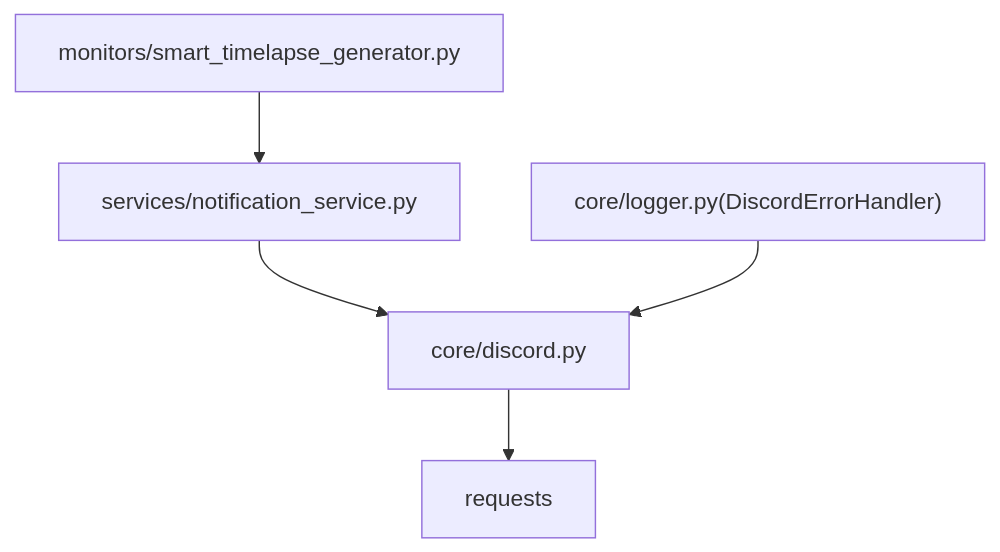
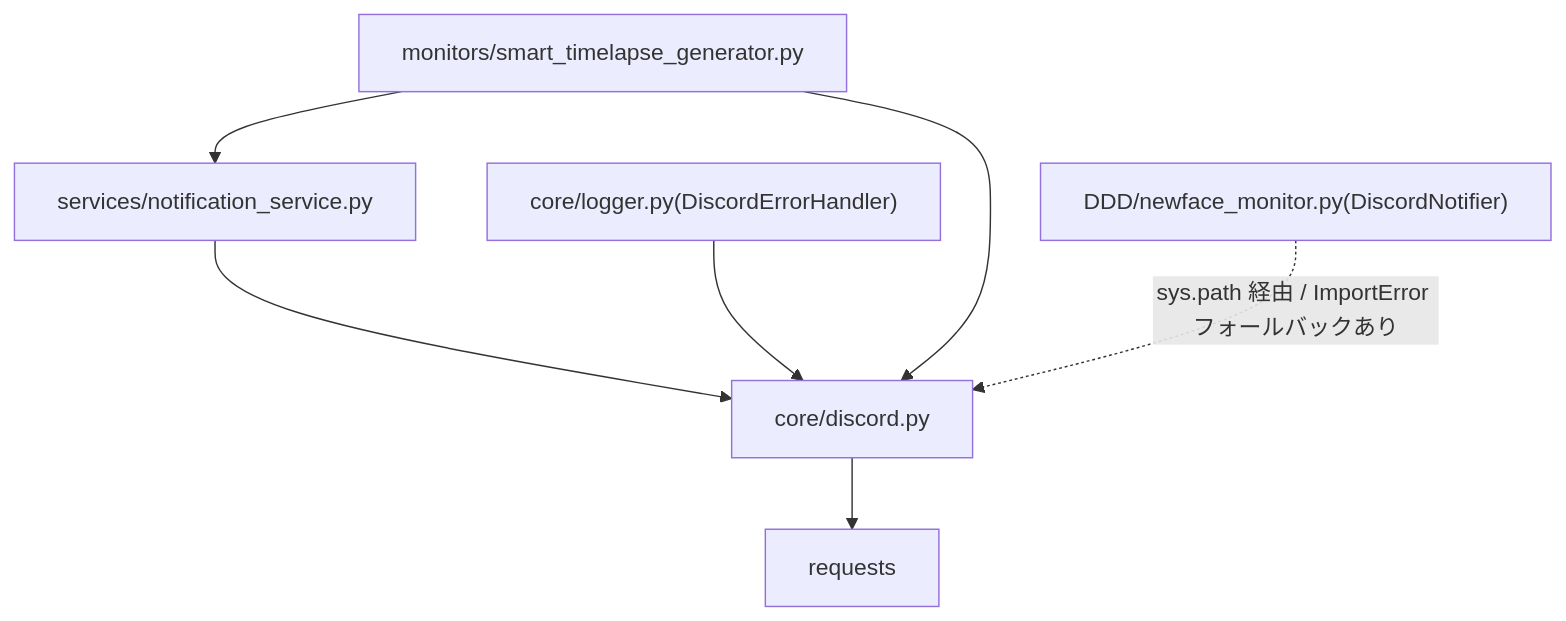
The second of 2 diagrams in docs/specifications/MY_HOME_SYSTEM/discord.md (mmtigers/my_python_project), drawn with Mermaid before and after one commit. The commit also changed other lines of this file and 7 other files, not shown here.

````diff
--- a/docs/specifications/MY_HOME_SYSTEM/discord.md
+++ b/docs/specifications/MY_HOME_SYSTEM/discord.md
@@ -105,13 +156,16 @@
 ```mermaid
 graph TD
     Discord["core/discord.py"]
     Notification["services/notification_service.py"]
     Logger["core/logger.py(DiscordErrorHandler)"]
     Timelapse["monitors/smart_timelapse_generator.py"]
+    NewFace["DDD/newface_monitor.py(DiscordNotifier)"]
     Requests["requests"]
 
     Notification --> Discord
     Logger --> Discord
+    Timelapse --> Discord
     Timelapse --> Notification
+    NewFace -. "sys.path 経由 / ImportError フォールバックあり" .-> Discord
     Discord --> Requests
 ```
````
